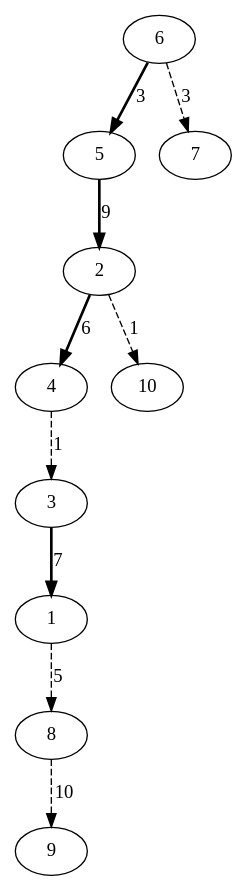
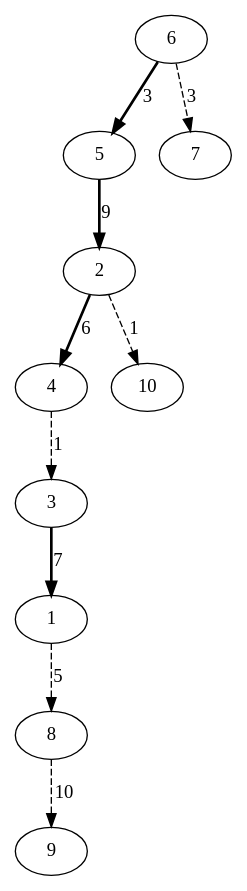
The diagram in ST-Tree/src/combined_graph.dot (Musab1Blaser/DynamicTrees_NF), drawn with Graphviz before and after one commit. The commit also changed other lines of this file and 6 other files, not shown here.

```diff
--- a/ST-Tree/src/combined_graph.dot
+++ b/ST-Tree/src/combined_graph.dot
@@ -1,21 +1,21 @@
 digraph G {
-3 -> 1 [style=bold, label=7];
 6 -> 5 [style=bold, label=3];
 5 -> 2 [style=bold, label=9];
 2 -> 4 [style=bold, label=6];
+3 -> 1 [style=bold, label=7];
 4 -> 3 [style=dashed, label=1];
 6 -> 7 [style=dashed, label=3];
 1 -> 8 [style=dashed, label=5];
 8 -> 9 [style=dashed, label=10];
 2 -> 10 [style=dashed, label=1];
 1; 
 2; 
 3; 
 4; 
 5; 
 6; 
 7; 
 8; 
 9; 
 10; 
 }
```
